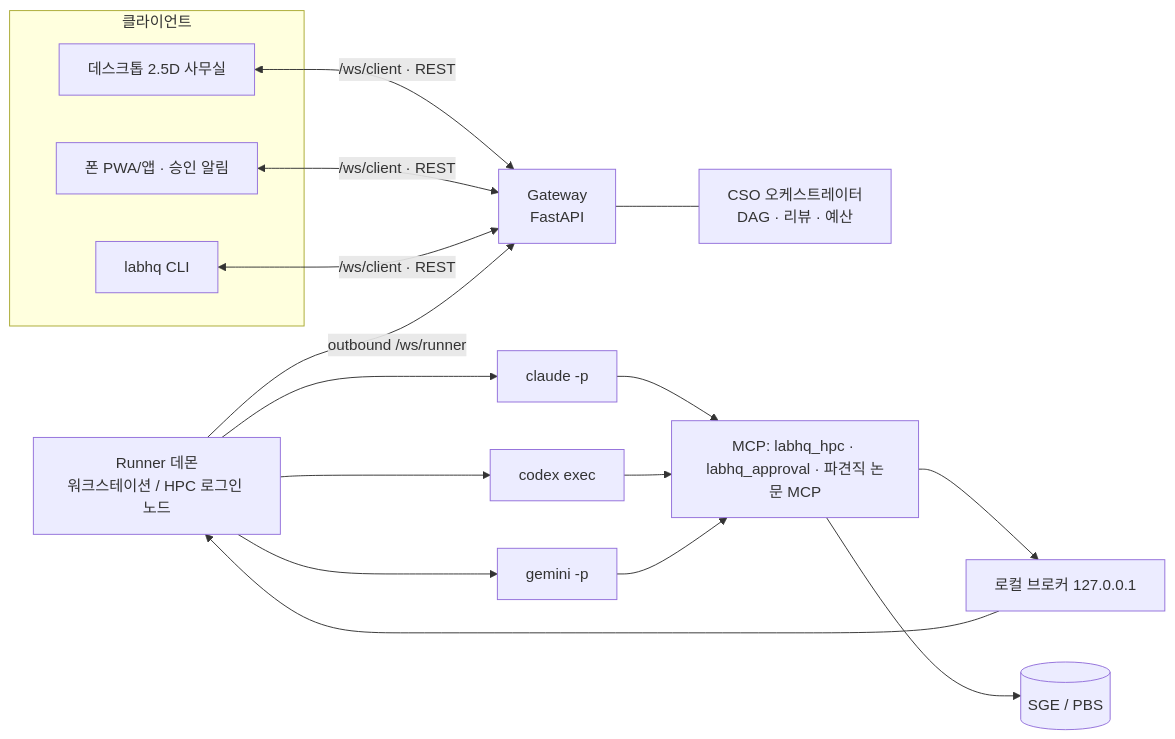
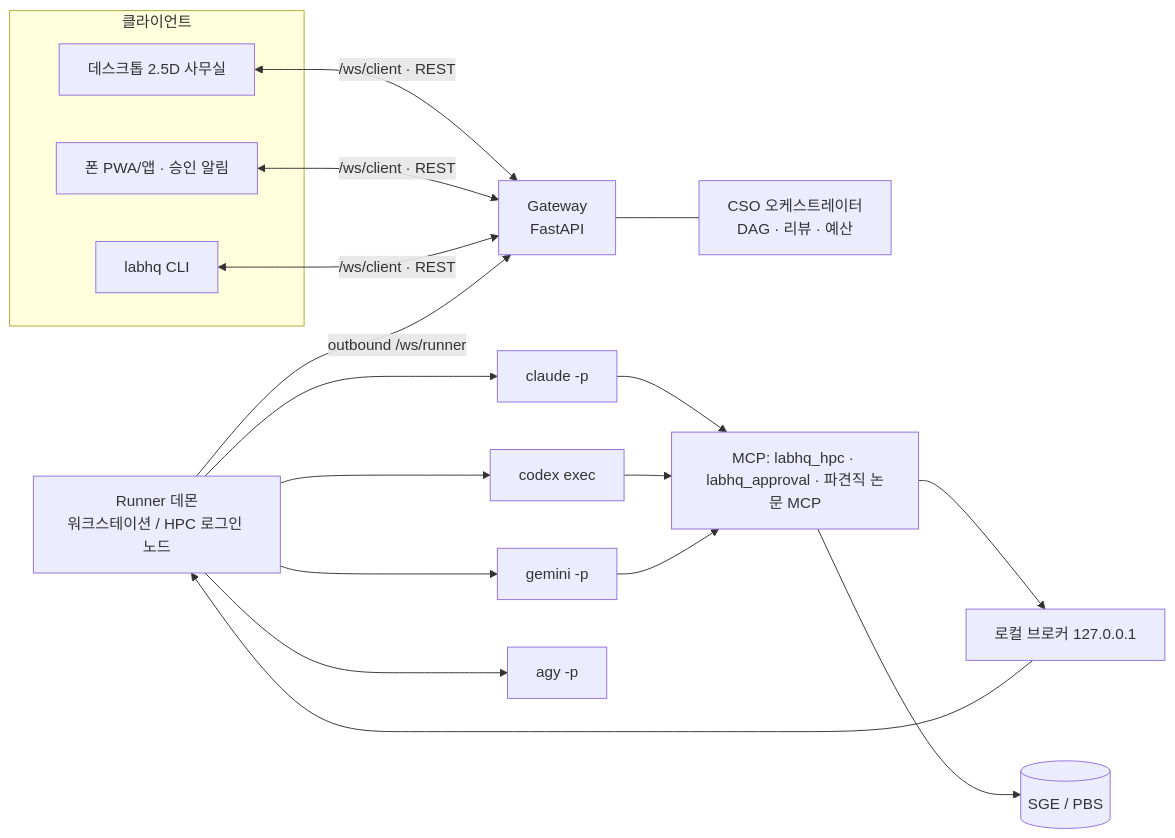
One commit to ehojune/bioinfo-team-3d changed the second of 2 diagrams in README.md. Above: the diagram before and after it, drawn with Mermaid. The commit also changed other lines of this file and 42 other files, not shown here.

````diff
--- a/README.md
+++ b/README.md
@@ -226,15 +226,15 @@
 ```mermaid
 flowchart LR
   subgraph 클라이언트
     D[데스크톱 2.5D 사무실]
     M[폰 PWA/앱 · 승인 알림]
     C[labhq CLI]
   end
   D & M & C <-->|/ws/client · REST| G[Gateway<br/>FastAPI]
   G --- O[CSO 오케스트레이터<br/>DAG · 리뷰 · 예산]
   R[Runner 데몬<br/>워크스테이션 / HPC 로그인 노드] -->|outbound /ws/runner| G
-  R --> E1[claude -p] & E2[codex exec] & E3[gemini -p]
+  R --> E1[claude -p] & E2[codex exec] & E3[gemini -p] & E4[agy -p]
   E1 & E2 & E3 --> T[MCP: labhq_hpc · labhq_approval · 파견직 논문 MCP]
   T --> B[로컬 브로커 127.0.0.1] --> R
   T --> H[(SGE / PBS)]
 ```
````
